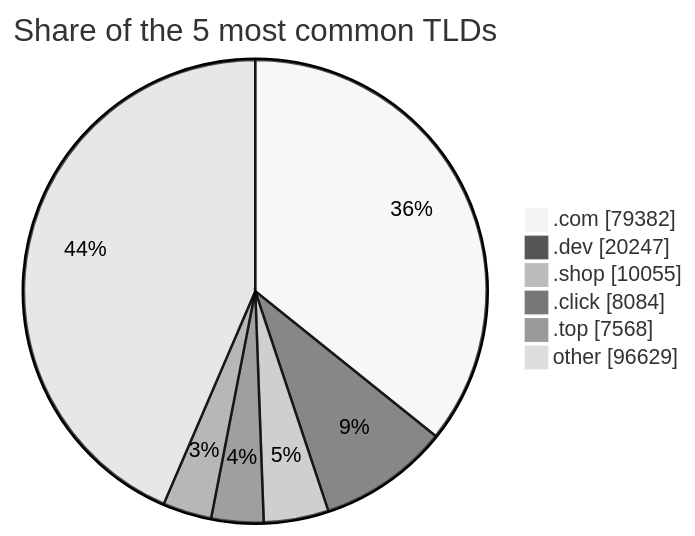
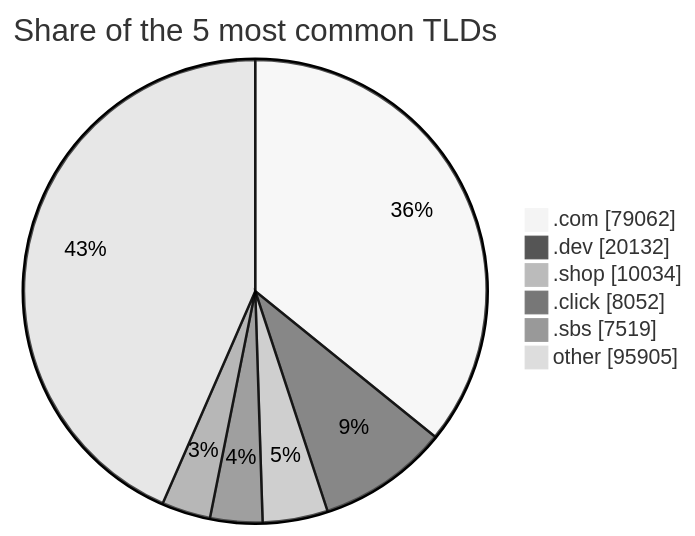
Before and after one commit to DNSBunker/CTI: the third of 3 diagrams in README.md, drawn with Mermaid (neutral theme). The commit also changed other lines of this file and 3 other files, not shown here.

````diff
--- a/README.md
+++ b/README.md
@@ -81,9 +81,9 @@
 ```mermaid
 pie showData title Share of the 5 most common TLDs
-    ".com" : 79382
-    ".dev" : 20247
-    ".shop" : 10055
-    ".click" : 8084
-    ".top" : 7568
-    "other" : 96629
+    ".com" : 79062
+    ".dev" : 20132
+    ".shop" : 10034
+    ".click" : 8052
+    ".sbs" : 7519
+    "other" : 95905
 ```
````
